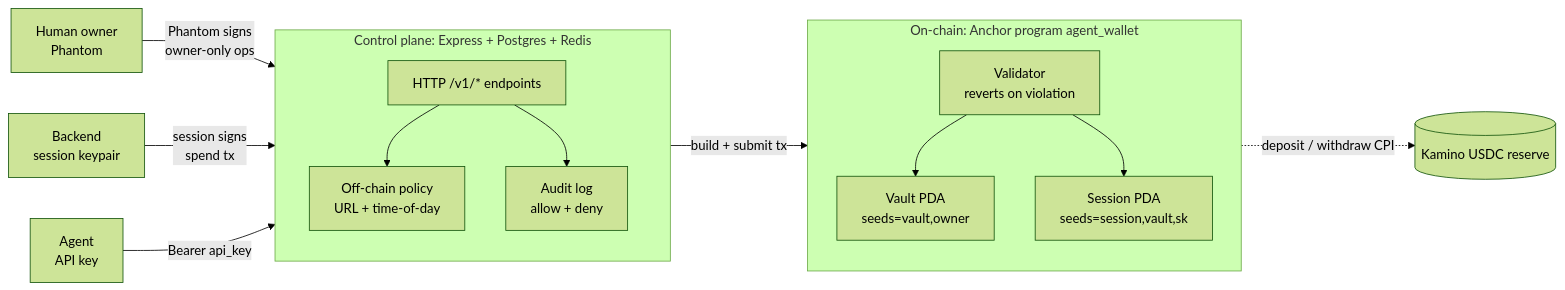
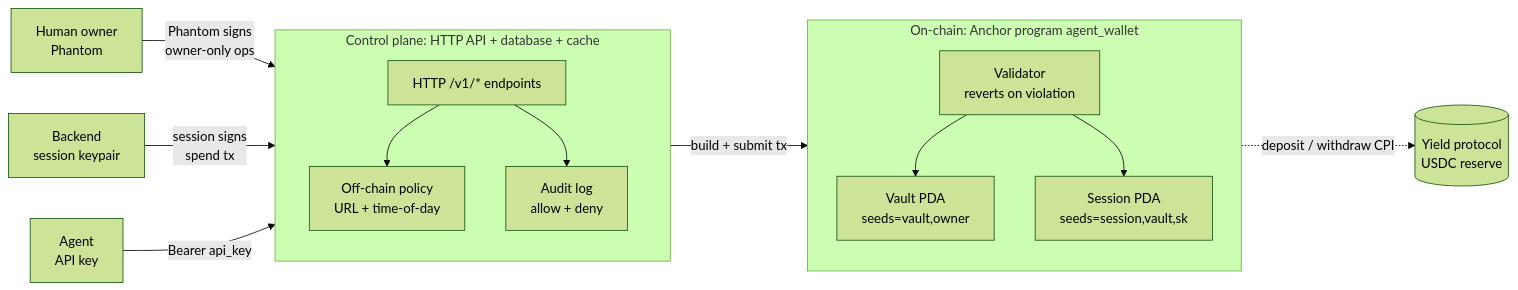
One commit to manjeetsharma0796/klink changed the first of 2 diagrams in gitbook/architecture/overview.md. Above: the diagram before and after it, drawn with Mermaid (forest theme). The commit also changed other lines of this file and 25 other files, not shown here.

````diff
--- a/gitbook/architecture/overview.md
+++ b/gitbook/architecture/overview.md
@@ -25,34 +23,34 @@
 ```mermaid
 flowchart LR
     H[Human owner<br/>Phantom]
     B[Backend<br/>session keypair]
     A[Agent<br/>API key]
 
-    subgraph CP[Control plane: Express + Postgres + Redis]
+    subgraph CP[Control plane: HTTP API + database + cache]
         direction TB
         API[HTTP /v1/* endpoints]
         POLICY[Off-chain policy<br/>URL + time-of-day]
         AUDIT[Audit log<br/>allow + deny]
     end
 
     subgraph CH[On-chain: Anchor program agent_wallet]
         direction TB
         VAULT[Vault PDA<br/>seeds=vault,owner]
         SESSION[Session PDA<br/>seeds=session,vault,sk]
         VALIDATOR[Validator<br/>reverts on violation]
     end
 
-    KAMINO[(Kamino USDC reserve)]
+    YIELD[(Yield protocol<br/>USDC reserve)]
 
     H -->|Phantom signs<br/>owner-only ops| API
     B -->|session signs<br/>spend tx| API
     A -->|Bearer api_key| API
 
     API --> POLICY
     API --> AUDIT
     API -->|build + submit tx| VALIDATOR
 
     VALIDATOR --> VAULT
     VALIDATOR --> SESSION
-    VAULT -.->|deposit / withdraw CPI| KAMINO
+    VAULT -.->|deposit / withdraw CPI| YIELD
 ```
````
